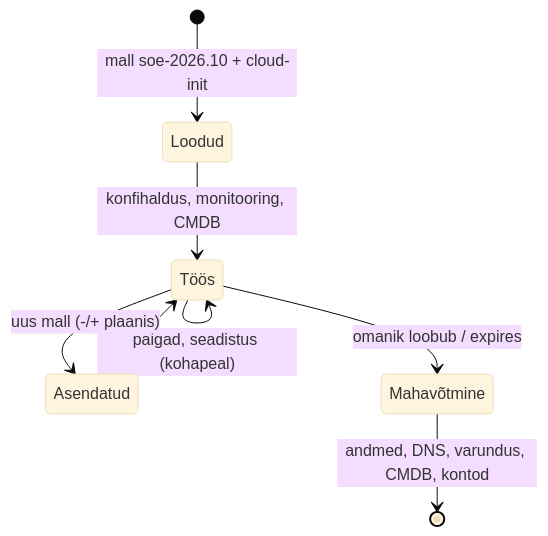
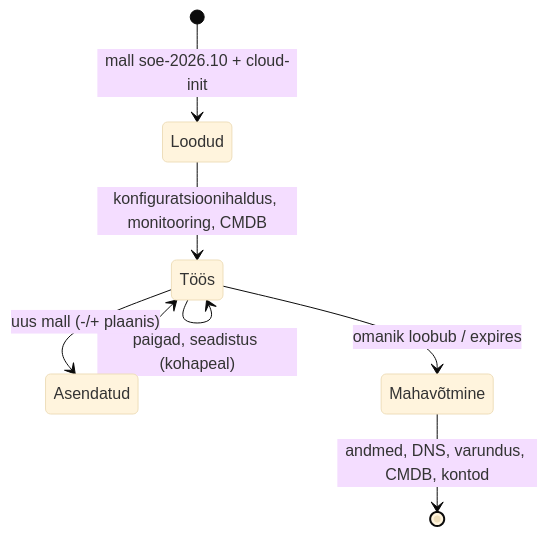
Before and after one commit to hkhk-tk/is1-automatiseerimine: the diagram in docs/teemad/soe-ja-elutsukkel.md, drawn with Mermaid (base theme). The commit also changed other lines of this file and 103 other files, not shown here.

````diff
--- a/docs/teemad/soe-ja-elutsukkel.md
+++ b/docs/teemad/soe-ja-elutsukkel.md
@@ -31,10 +31,10 @@
 ```mermaid
 stateDiagram-v2
     [*] --> Loodud: mall soe-2026.10 + cloud-init
-    Loodud --> Töös: konfihaldus, monitooring, CMDB
+    Loodud --> Töös: konfiguratsioonihaldus, monitooring, CMDB
     Töös --> Töös: paigad, seadistus (kohapeal)
     Töös --> Asendatud: uus mall (-/+ plaanis)
     Asendatud --> Töös
     Töös --> Mahavõtmine: omanik loobub / expires
     Mahavõtmine --> [*]: andmed, DNS, varundus, CMDB, kontod
 ```
````
